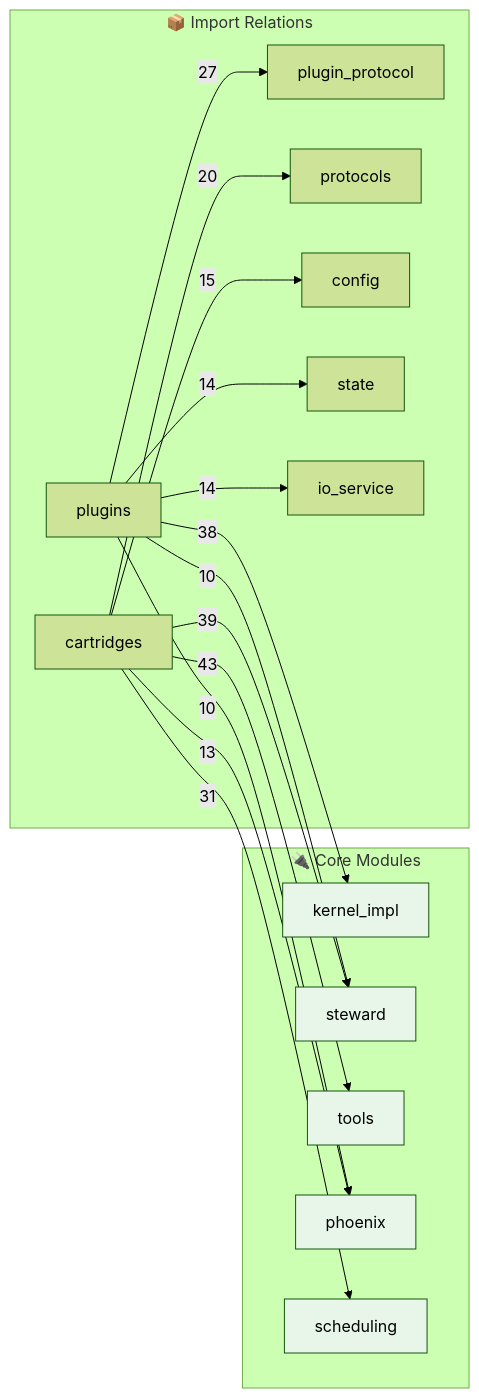
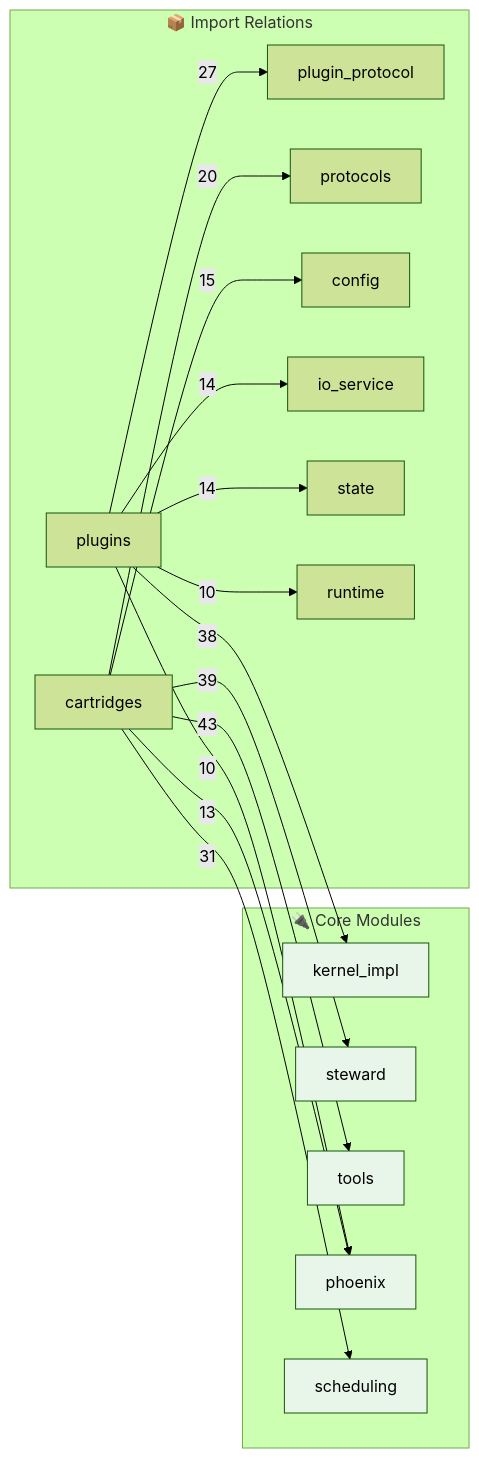
Before and after one commit to kimeisele/steward-protocol: the second of 2 diagrams in OPUS.md, drawn with Mermaid (forest theme). The commit also changed other lines of this file and 13 other files, not shown here.

````diff
--- a/OPUS.md
+++ b/OPUS.md
@@ -493,31 +493,31 @@
 ```mermaid
 flowchart LR
     subgraph Core["🔌 Core Modules"]
         kernel_impl[kernel_impl]
         steward[steward]
         tools[tools]
         phoenix[phoenix]
         scheduling[scheduling]
     end
 
     subgraph Edges["📦 Import Relations"]
         cartridges -->|43| tools
         cartridges -->|39| steward
         plugins -->|38| kernel_impl
         cartridges -->|31| scheduling
         plugins -->|27| plugin_protocol
         cartridges -->|20| protocols
         cartridges -->|15| config
+        plugins -->|14| io_service
         plugins -->|14| state
-        plugins -->|14| io_service
         cartridges -->|13| phoenix
+        plugins -->|10| runtime
         plugins -->|10| phoenix
-        plugins -->|10| steward
     end
 
     style kernel_impl fill:#e8f5e9
     style steward fill:#e8f5e9
     style tools fill:#e8f5e9
     style phoenix fill:#e8f5e9
     style scheduling fill:#e8f5e9
 ```
````
